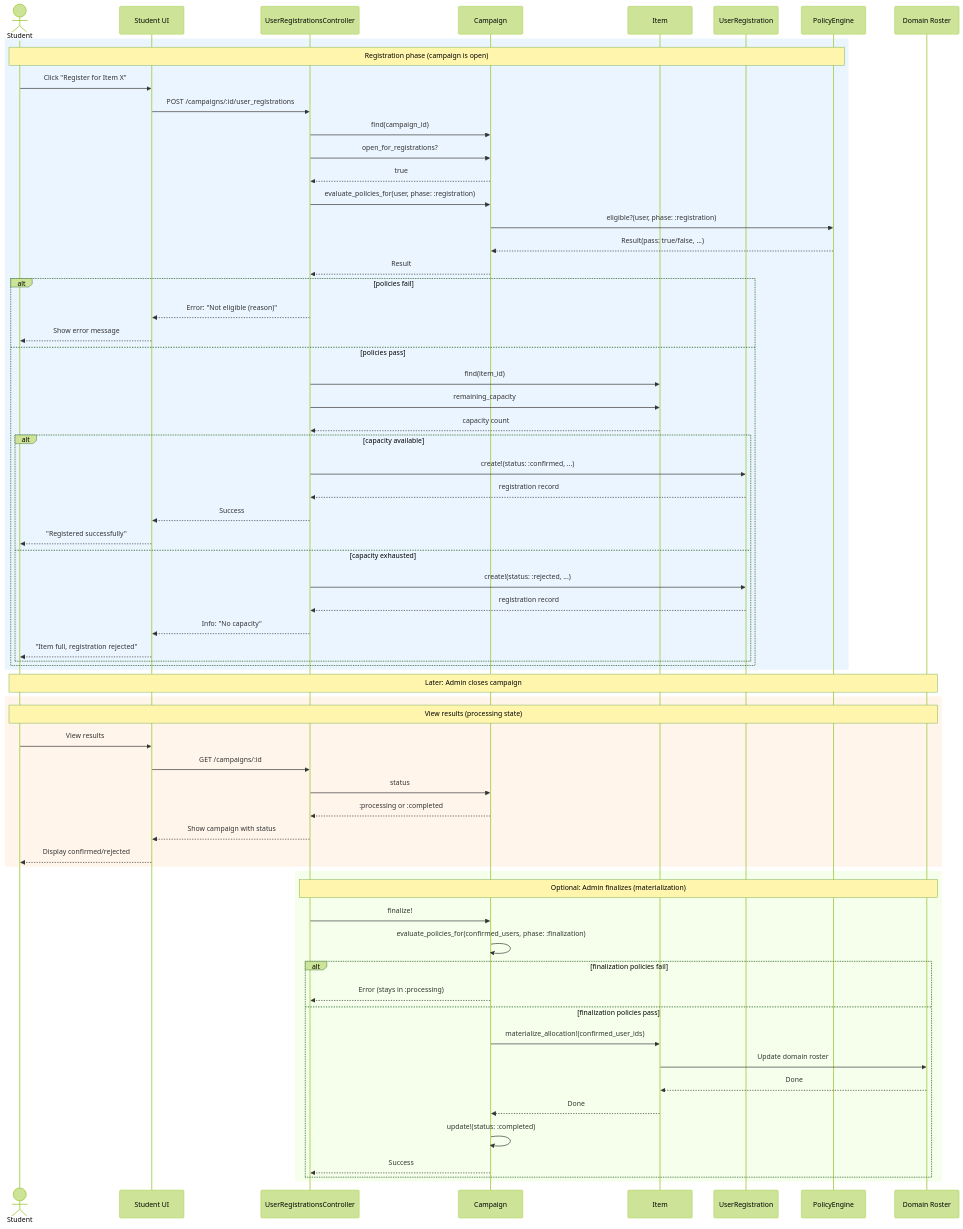
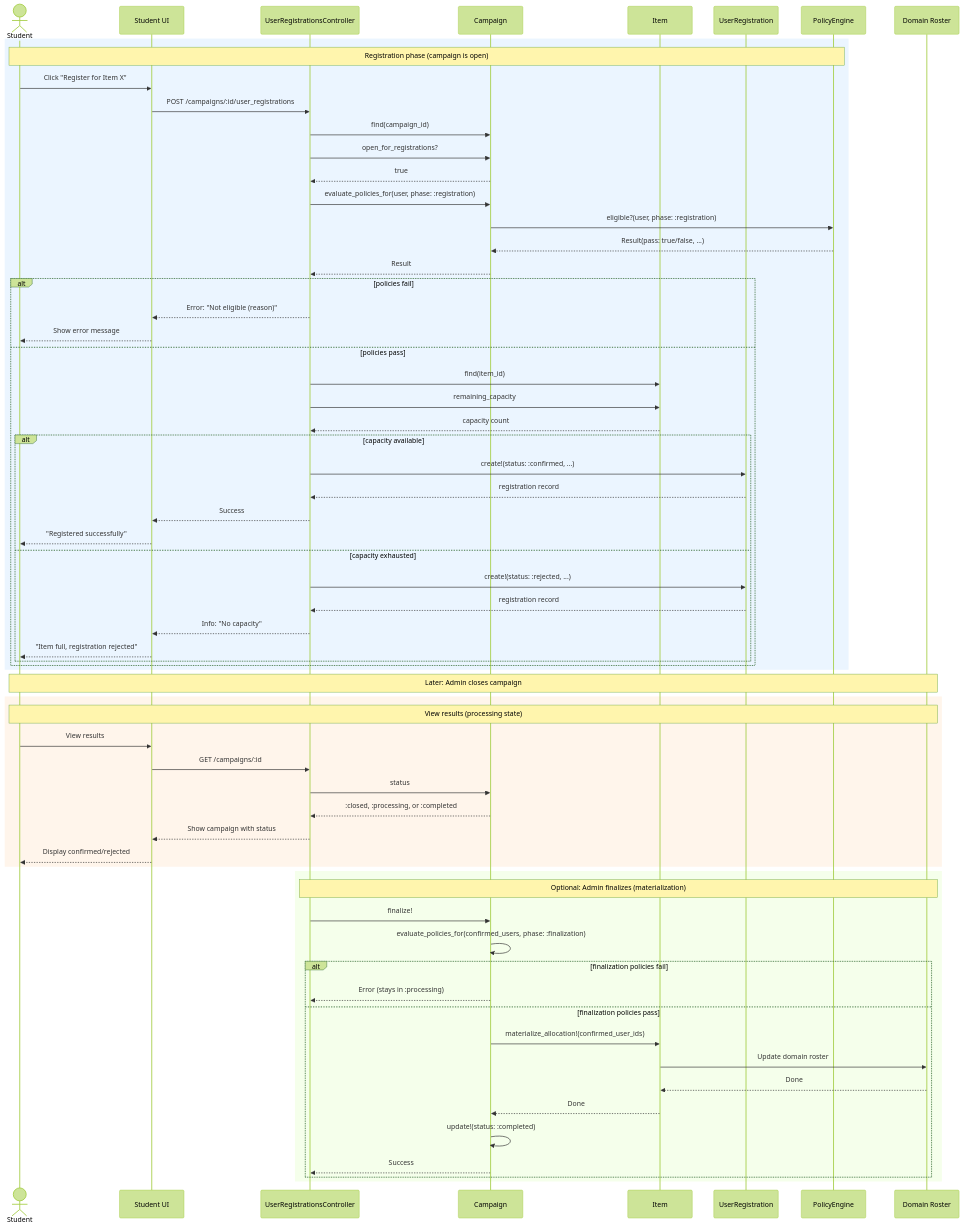
The sixth of 6 diagrams in architecture/src/features/02-registration.md (MaMpf-HD/mampf), drawn with Mermaid (forest theme) before and after one commit. The commit also changed other lines of this file and 4 other files, not shown here.

````diff
--- a/architecture/src/features/02-registration.md
+++ b/architecture/src/features/02-registration.md
@@ -1236,75 +1314,75 @@
 ```mermaid
 sequenceDiagram
     actor Student
     participant UI as Student UI
     participant Controller as UserRegistrationsController
     participant Campaign
     participant Item
     participant UserReg as UserRegistration
     participant PolicyEngine
     participant Roster as Domain Roster
 
     rect rgb(235, 245, 255)
     note over Student,PolicyEngine: Registration phase (campaign is open)
     Student->>UI: Click "Register for Item X"
     UI->>Controller: POST /campaigns/:id/user_registrations
     
     Controller->>Campaign: find(campaign_id)
     Controller->>Campaign: open_for_registrations?
     Campaign-->>Controller: true
     
     Controller->>Campaign: evaluate_policies_for(user, phase: :registration)
     Campaign->>PolicyEngine: eligible?(user, phase: :registration)
     PolicyEngine-->>Campaign: Result(pass: true/false, ...)
     Campaign-->>Controller: Result
     
     alt policies fail
         Controller-->>UI: Error: "Not eligible (reason)"
         UI-->>Student: Show error message
     else policies pass
         Controller->>Item: find(item_id)
         Controller->>Item: remaining_capacity
         Item-->>Controller: capacity count
         
         alt capacity available
             Controller->>UserReg: create!(status: :confirmed, ...)
             UserReg-->>Controller: registration record
             Controller-->>UI: Success
             UI-->>Student: "Registered successfully"
         else capacity exhausted
             Controller->>UserReg: create!(status: :rejected, ...)
             UserReg-->>Controller: registration record
             Controller-->>UI: Info: "No capacity"
             UI-->>Student: "Item full, registration rejected"
         end
     end
     end
     
     note over Student,Roster: Later: Admin closes campaign
     
     rect rgb(255, 245, 235)
     note over Student,Roster: View results (processing state)
     Student->>UI: View results
     UI->>Controller: GET /campaigns/:id
     Controller->>Campaign: status
-    Campaign-->>Controller: :processing or :completed
+    Campaign-->>Controller: :closed, :processing, or :completed
     Controller-->>UI: Show campaign with status
     UI-->>Student: Display confirmed/rejected
     end
     
     rect rgb(245, 255, 235)
     note over Controller,Roster: Optional: Admin finalizes (materialization)
     Controller->>Campaign: finalize!
     Campaign->>Campaign: evaluate_policies_for(confirmed_users, phase: :finalization)
     alt finalization policies fail
         Campaign-->>Controller: Error (stays in :processing)
     else finalization policies pass
         Campaign->>Item: materialize_allocation!(confirmed_user_ids)
         Item->>Roster: Update domain roster
         Roster-->>Item: Done
         Item-->>Campaign: Done
         Campaign->>Campaign: update!(status: :completed)
         Campaign-->>Controller: Success
     end
     end
 ```
````
